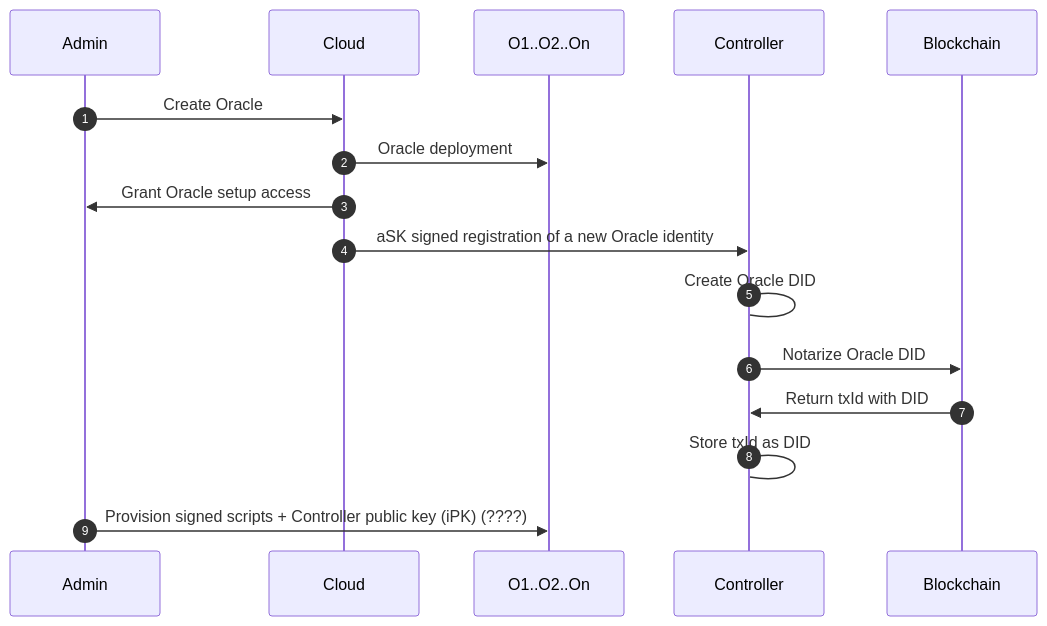
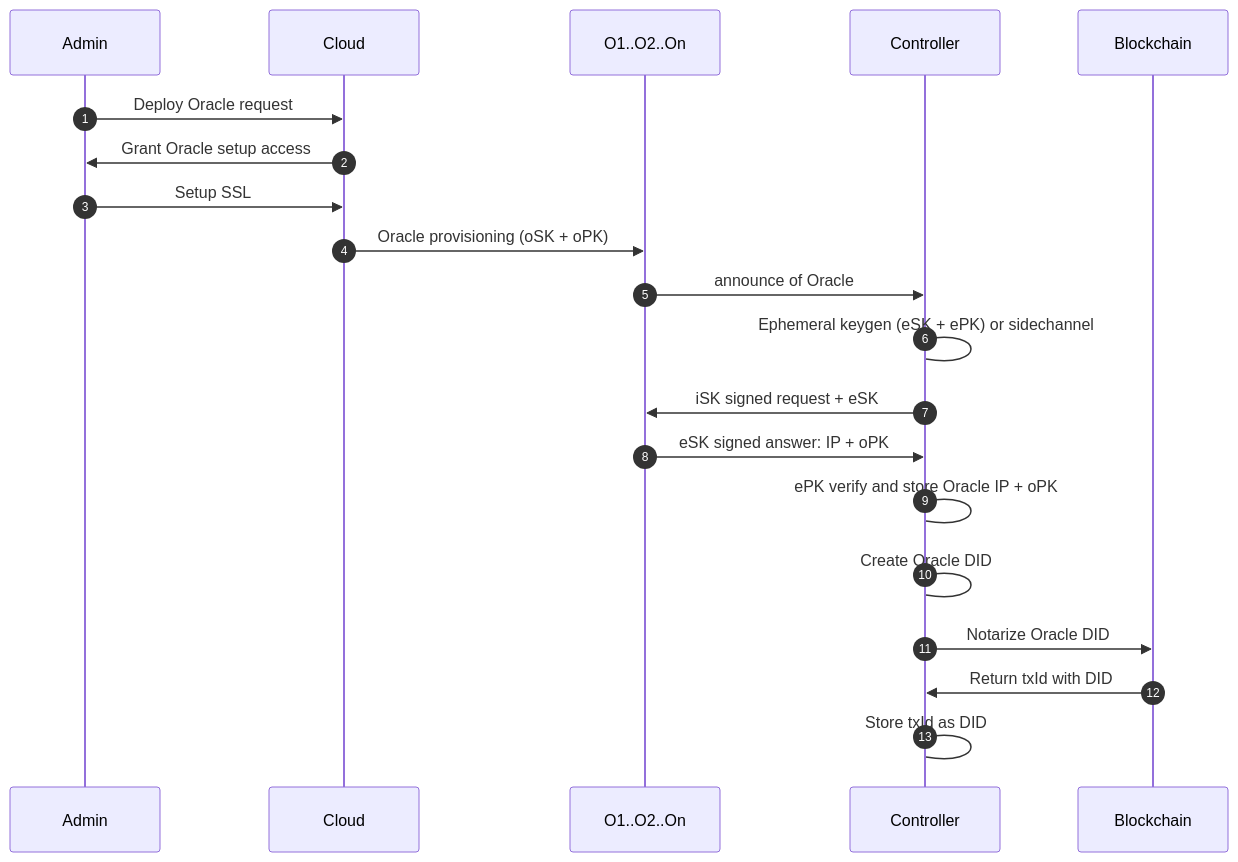
The second of 4 diagrams in README.md (dyne/zenswarm), drawn with Mermaid before and after one commit. The commit also changed other lines of this file, not shown here.

First line of the commit message:
update diagrams

````diff
--- a/README.md
+++ b/README.md
@@ -119,19 +121,23 @@
 ```mermaid
 sequenceDiagram
 autonumber
   participant A as Admin
   participant C as Cloud
   participant V as O1..O2..On
   participant I as Controller
   participant B as Blockchain
 
-  A->>C: Create Oracle
-  C->>V: Oracle deployment
+  A->>C: Deploy Oracle request
   C->>A: Grant Oracle setup access
-  C->>I: aSK signed registration of a new Oracle identity
+  A->>C: Setup SSL
+  C->>V: Oracle provisioning (oSK + oPK)
+  V->>I: announce of Oracle
+  I->I: Ephemeral keygen (eSK + ePK) or sidechannel
+  I->>V: iSK signed request + eSK
+  V->>I: eSK signed answer: IP + oPK
+  I->I: ePK verify and store Oracle IP + oPK
   I->I: Create Oracle DID 
   I->>B: Notarize Oracle DID 
   B->>I: Return txId with DID
   I->I: Store txId as DID
-  A->>V: Provision signed scripts + Controller public key (iPK) (????)
 ```
````
